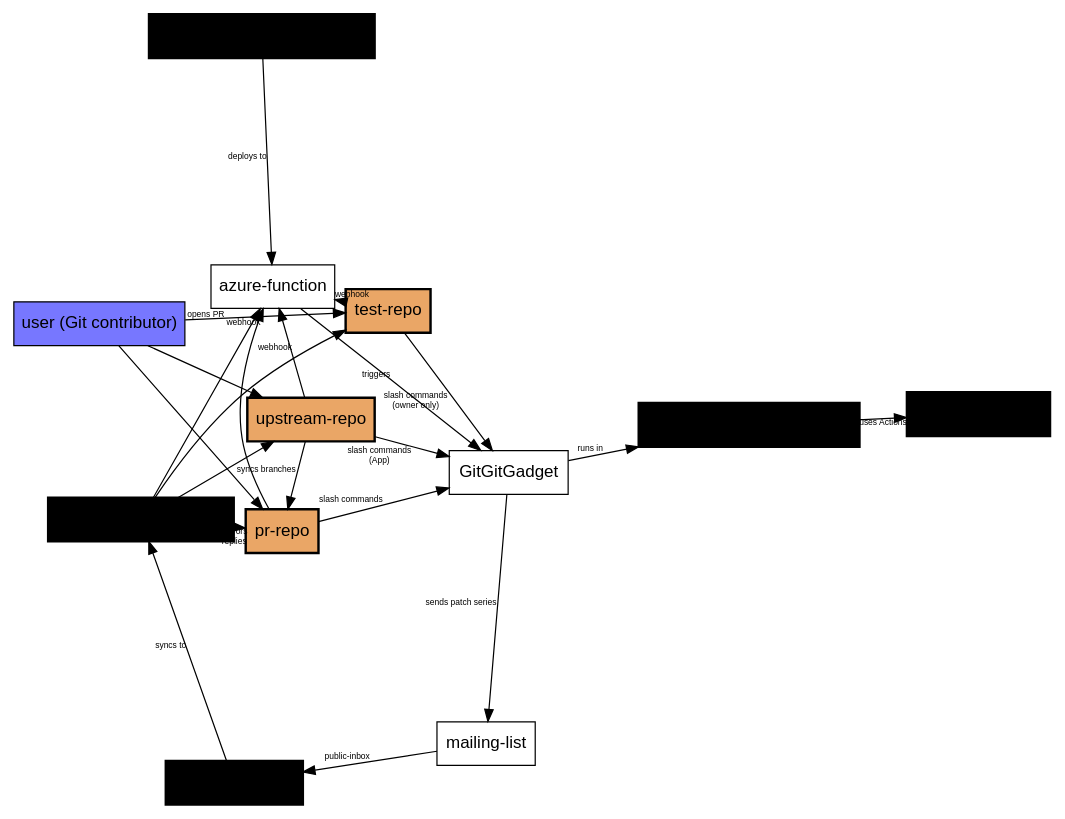
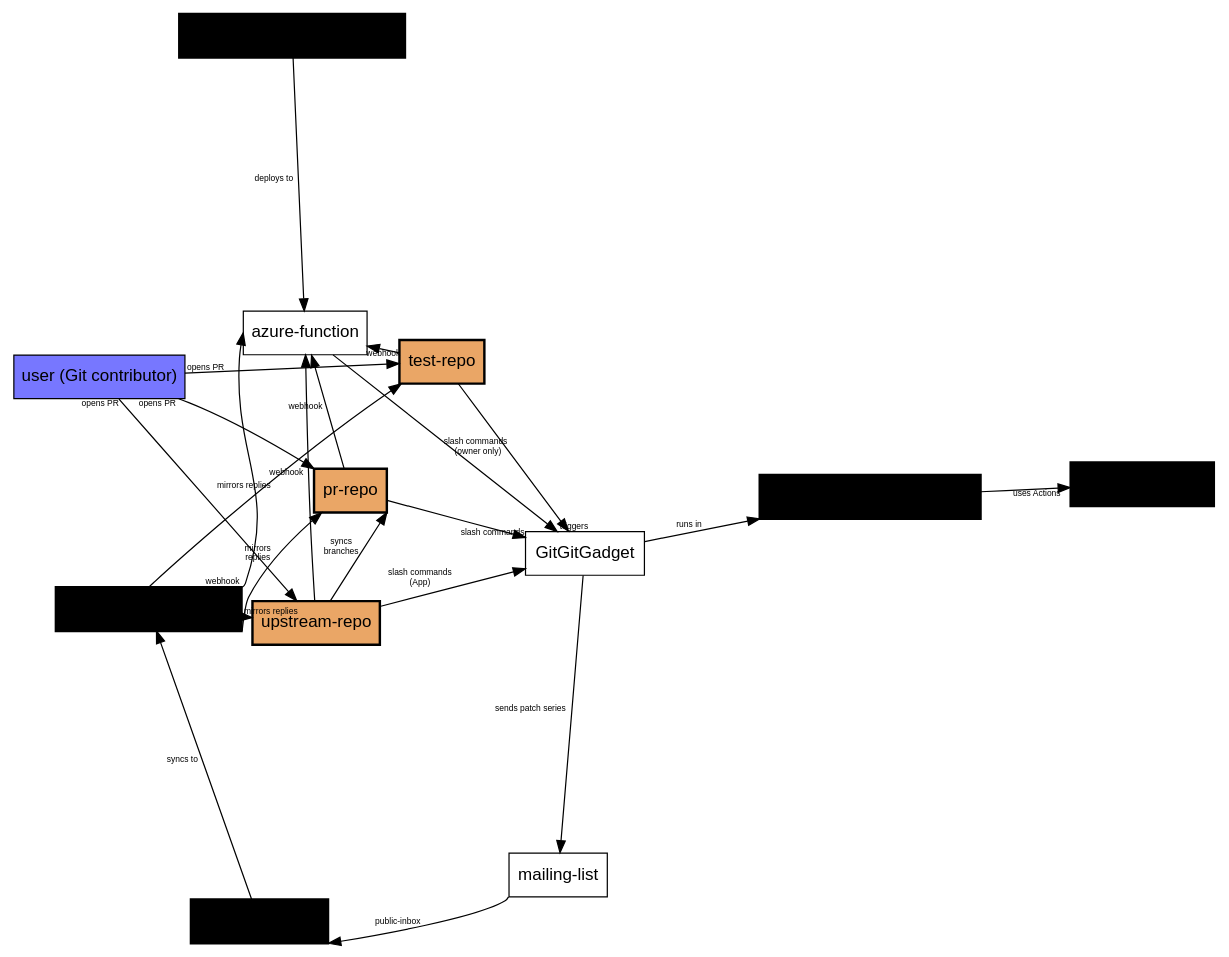
Before and after one commit to dscho/gitgitgadget.github.io: the second of 2 diagrams in content/architecture.md, drawn with Graphviz.

Commit message:
architecture: improve the diagram layout
I did some fiddling with overlapping edges, unlabled edges, label
placement and readability.

````diff
--- a/content/architecture.md
+++ b/content/architecture.md
@@ -39,56 +39,56 @@
 ```graphviz
 digraph GitGitGadgetFlow {
   layout="neato";
   rankdir="TB";
   splines=true;
   overlap=false;
   fontsize=10;
   sep="+4.5";
 
   node [fontname="Arial", shape=box, style=filled];
   edge [fontname="Arial", fontsize=7];
 
   // Node styles
   user [label="user (Git contributor)", fillcolor="#7777ff"];
+  pr_repo [label="pr-repo", fillcolor="#eaa666", penwidth=2];
   upstream_repo [label="upstream-repo", fillcolor="#eaa666", penwidth=2];
-  pr_repo [label="pr-repo", fillcolor="#eaa666", penwidth=2];
   test_repo [label="test-repo", fillcolor="#eaa666", penwidth=2];
 
   GitGitGadget [label="GitGitGadget", fillcolor="#ffffff"];
   gitgitgadget_github_app_repo [label="gitgitgadget-github-app-repo", fillcolor="#fb7", penwidth=2];
   azure_function [label="azure-function", fillcolor="#ffffff"];
   gitgitgadget_workflows_repo [label="gitgitgadget-workflows-repo", fillcolor="#fb7", penwidth=2];
   gitgitgadget_repo [label="gitgitgadget-repo", fillcolor="#fb7", penwidth=2];
   mailing_list [label="mailing-list", fillcolor="#ffffff"];
   mailing_list_repo [label="mailing-list-repo", fillcolor="#fb7", penwidth=2];
   mailing_list_repo_mirror [label="mailing-list-repo-mirror", fillcolor="#fb7", penwidth=2];
 
-  user -> pr_repo;
-  user -> upstream_repo;
+  user -> pr_repo:nw [taillabel="     opens PR"];
+  user -> upstream_repo [taillabel="opens PR"];
   user -> test_repo [taillabel=" opens PR"];
 
-  upstream_repo -> pr_repo [label="syncs branches"];
-  pr_repo -> GitGitGadget [label="slash commands"];
+  upstream_repo -> pr_repo:se [label="syncs\nbranches"];
+  pr_repo -> GitGitGadget [headlabel="slash commands"];
   upstream_repo -> GitGitGadget [label="slash commands\n(App)"];
-  test_repo -> GitGitGadget [label="slash commands\n(owner only)"];
+  test_repo -> GitGitGadget [label="slash commands  \n(owner only)"];
 
-  GitGitGadget -> mailing_list [label="sends patch series"];
+  GitGitGadget -> mailing_list [label="sends patch series  "];
   GitGitGadget -> gitgitgadget_workflows_repo [label="runs in"];
-  gitgitgadget_workflows_repo -> gitgitgadget_repo [label="uses Actions"];
+  gitgitgadget_workflows_repo -> gitgitgadget_repo [label="uses Actions  "];
 
-  pr_repo -> azure_function;
-  upstream_repo -> azure_function [label="webhook"];
-  test_repo -> azure_function [headlabel="webhook"];
-  mailing_list_repo_mirror -> azure_function [headlabel="\nwebhook"];
+  pr_repo -> azure_function [label="webhook  "];
+  upstream_repo -> azure_function [label="webhook  "];
+  test_repo -> azure_function [label="webhook"];
+  mailing_list_repo_mirror:ne -> azure_function:w [taillabel="       webhook"];
 
-  gitgitgadget_github_app_repo -> azure_function [label="deploys to"];
-  azure_function -> GitGitGadget [label="triggers"];
+  gitgitgadget_github_app_repo -> azure_function [label="deploys to  "];
+  azure_function -> GitGitGadget [headlabel="triggers            "];
 
-  mailing_list -> mailing_list_repo [label="public-inbox"];
-  mailing_list_repo -> mailing_list_repo_mirror [label="syncs to"];
+  mailing_list:sw -> mailing_list_repo:se [label="public-inbox"];
+  mailing_list_repo -> mailing_list_repo_mirror [label="syncs to  "];
 
-  mailing_list_repo_mirror -> pr_repo [label="mirrors\nreplies"];
-  mailing_list_repo_mirror -> upstream_repo;
-  mailing_list_repo_mirror -> test_repo;
+  mailing_list_repo_mirror:se -> pr_repo [label="mirrors\nreplies"];
+  mailing_list_repo_mirror -> upstream_repo  [label="mirrors replies       "];
+  mailing_list_repo_mirror:n -> test_repo  [label="mirrors replies"];
 }
 ```
````
